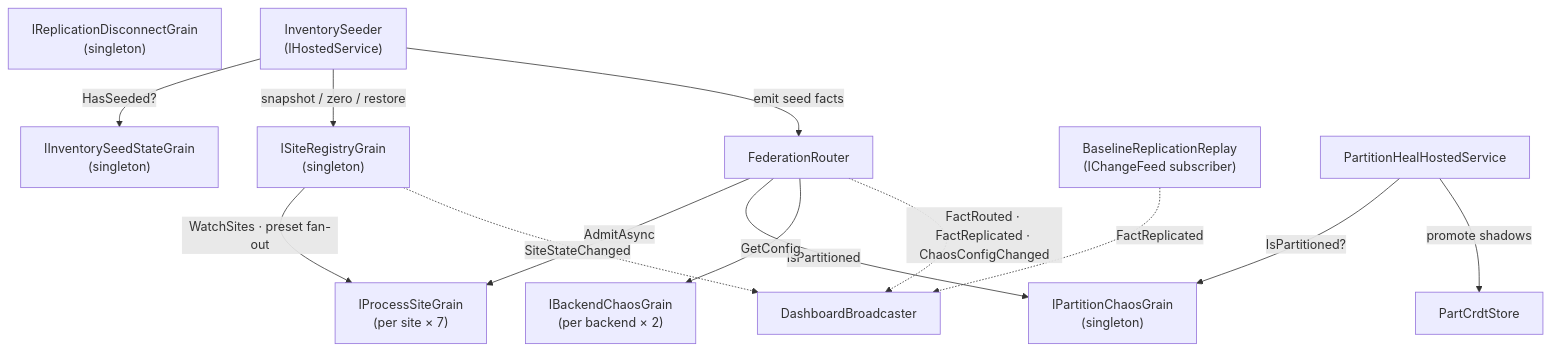
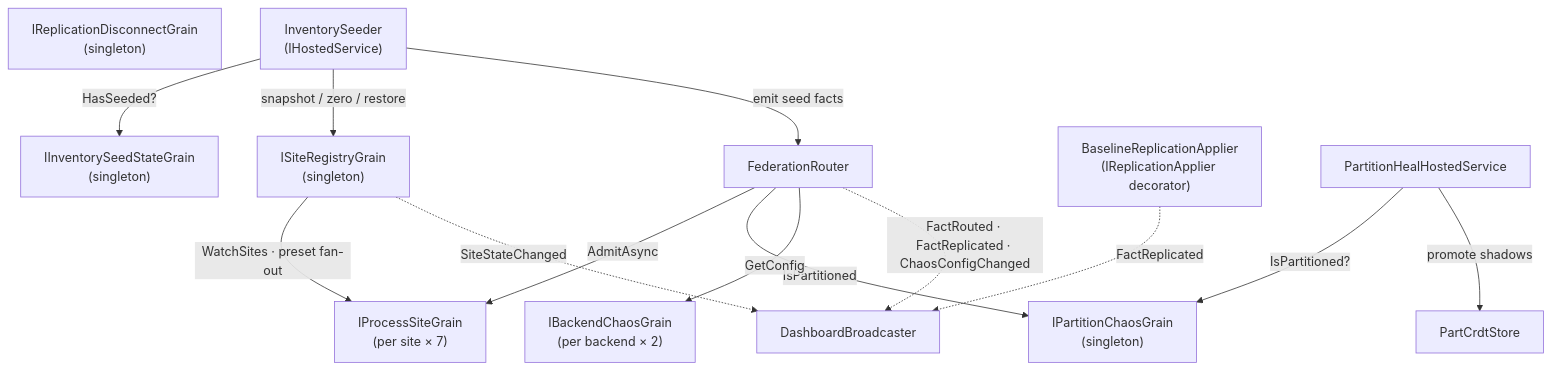
The third of 5 diagrams in samples/MultiSiteManufacturing/architecture.md (NSTA1/Orleans.Lattice), drawn with Mermaid before and after one commit. The commit also changed other lines of this file and 3 other files, not shown here.

First line of the commit message:
samples: refresh docs to describe BaselineReplicationApplier (IReplicationApplier decorator)

````diff
--- a/samples/MultiSiteManufacturing/architecture.md
+++ b/samples/MultiSiteManufacturing/architecture.md
@@ -208,32 +208,32 @@
 ```mermaid
 flowchart TB
     router["FederationRouter"]
     siteReg["ISiteRegistryGrain<br/>(singleton)"]
     siteG["IProcessSiteGrain<br/>(per site × 7)"]
     backG["IBackendChaosGrain<br/>(per backend × 2)"]
     partG["IPartitionChaosGrain<br/>(singleton)"]
     replDisc["IReplicationDisconnectGrain<br/>(singleton)"]
     seedG["IInventorySeedStateGrain<br/>(singleton)"]
     seeder["InventorySeeder<br/>(IHostedService)"]
-    replay["BaselineReplicationReplay<br/>(IChangeFeed subscriber)"]
+    mirror["BaselineReplicationApplier<br/>(IReplicationApplier decorator)"]
     broadcaster["DashboardBroadcaster"]
     healSvc["PartitionHealHostedService"]
     crdtStore["PartCrdtStore"]
 
     router -->|"AdmitAsync"| siteG
     router -->|"IsPartitioned"| partG
     router -->|"GetConfig"| backG
     router -.->|"FactRouted · FactReplicated · ChaosConfigChanged"| broadcaster
 
     siteReg -->|"WatchSites · preset fan-out"| siteG
     siteReg -.->|"SiteStateChanged"| broadcaster
 
     seeder -->|"HasSeeded?"| seedG
     seeder -->|"snapshot / zero / restore"| siteReg
     seeder -->|"emit seed facts"| router
 
-    replay -.->|"FactReplicated"| broadcaster
+    mirror -.->|"FactReplicated"| broadcaster
 
     healSvc -->|"IsPartitioned?"| partG
     healSvc -->|"promote shadows"| crdtStore
 ```
````
